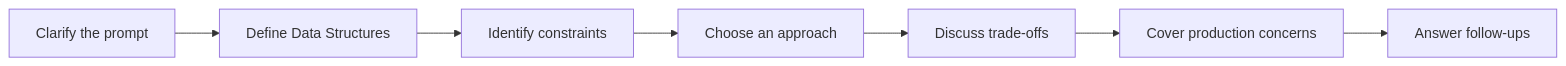
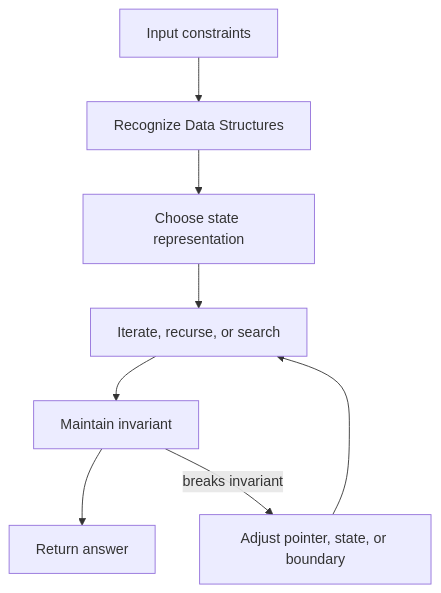
One commit to abstractinterviews/abstractinterviews.github.io changed the diagram in data-structures/index.md. Above: the diagram before and after it, drawn with Mermaid. The commit also changed other lines of this file and 278 other files, not shown here.

````diff
--- a/data-structures/index.md
+++ b/data-structures/index.md
@@ -145,9 +147,10 @@
-~~~mermaid
-flowchart LR
-    A["Clarify the prompt"] --> B["Define Data Structures"]
-    B --> C["Identify constraints"]
-    C --> D["Choose an approach"]
-    D --> E["Discuss trade-offs"]
-    E --> F["Cover production concerns"]
-    F --> G["Answer follow-ups"]
-~~~
+```mermaid
+flowchart TD
+    Input["Input constraints"] --> Pattern["Recognize Data Structures"]
+    Pattern --> State["Choose state representation"]
+    State --> Iterate["Iterate, recurse, or search"]
+    Iterate --> Check["Maintain invariant"]
+    Check --> Result["Return answer"]
+    Check -->|breaks invariant| Fix["Adjust pointer, state, or boundary"]
+    Fix --> Iterate
+```
````
